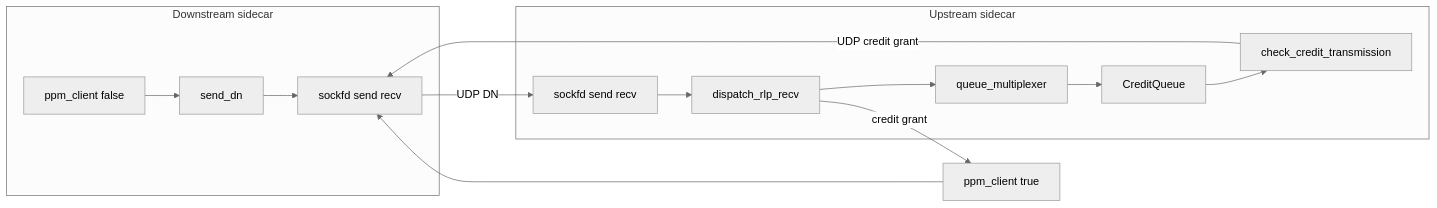
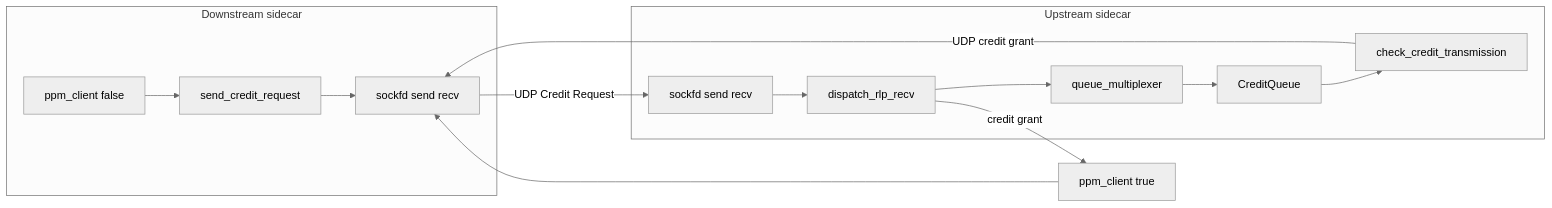
One commit to roshanfer-project/roshanfer-sidecar changed the diagram in docs/udp_rlp_internals.md. Above: the diagram before and after it, drawn with Mermaid (neutral theme). The commit also changed other lines of this file and 10 other files, not shown here.

Commit message:
replace dn with credit request

````diff
--- a/docs/udp_rlp_internals.md
+++ b/docs/udp_rlp_internals.md
@@ -67,22 +67,22 @@
 ```mermaid
 flowchart LR
   subgraph downstream [Downstream sidecar]
     ppmClient[ppm_client false]
-    sendDn[send_dn]
+    sendCR[send_credit_request]
     sockIO[sockfd send recv]
   end
   subgraph upstream [Upstream sidecar]
     sockIO2[sockfd send recv]
     dispatch[dispatch_rlp_recv]
     qm[queue_multiplexer]
     cq[CreditQueue]
     checkTx[check_credit_transmission]
   end
-  ppmClient --> sendDn --> sockIO
-  sockIO -->|UDP DN| sockIO2
+  ppmClient --> sendCR --> sockIO
+  sockIO -->|"UDP Credit Request"| sockIO2
   sockIO2 --> dispatch
   dispatch --> qm --> cq --> checkTx
   checkTx -->|UDP credit grant| sockIO
   dispatch -->|credit grant| ppmTrue[ppm_client true]
   ppmTrue --> sockIO
 ```
````
